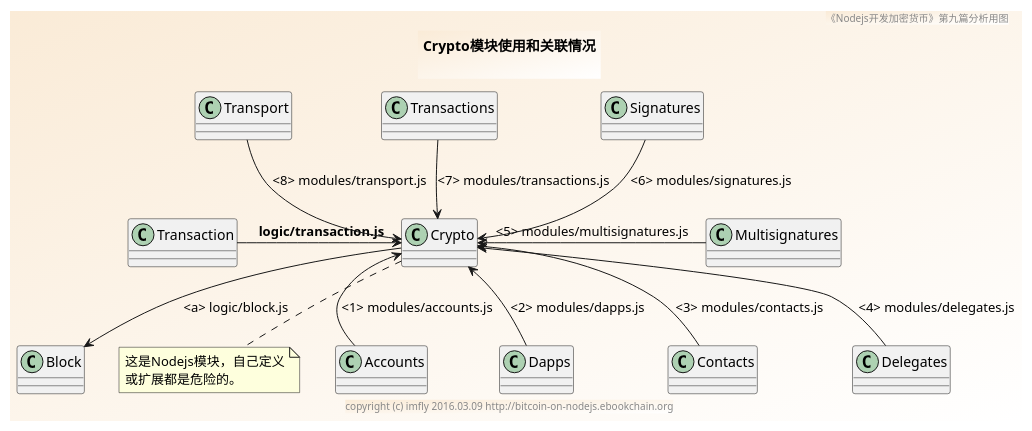
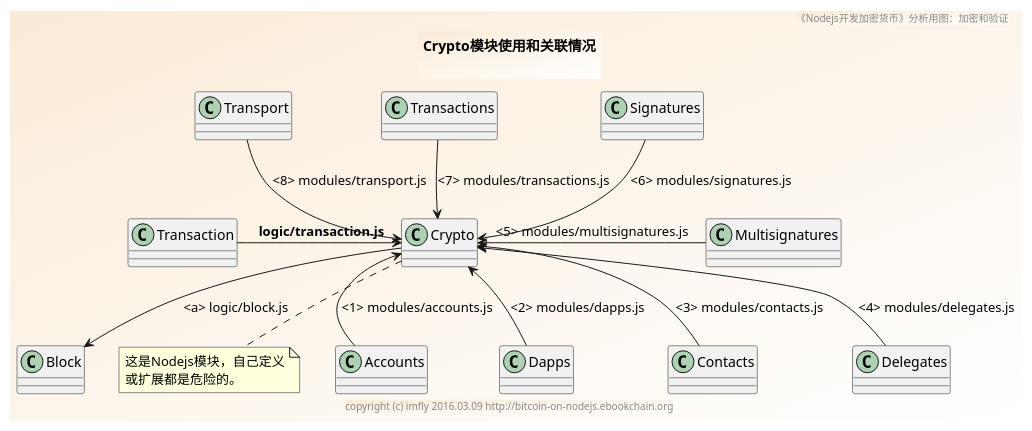
One commit to brightmanforever022/bitcoin-on-nodejs changed the diagram in sources/modules/crypto/class.pu. Above: the diagram before and after it, drawn with PlantUML. The commit also changed 7 other files, not shown here.

```diff
--- a/sources/modules/crypto/class.pu
+++ b/sources/modules/crypto/class.pu
@@ -1,28 +1,28 @@
 @startuml ../../../styles/images/modules/crypto/class.png
 skinparam BorderColor #blue\9932CC
 skinparam backgroundcolor AntiqueWhite/white
 
 title
 Crypto模块使用和关联情况
 
 end title
 footer copyright (c) imfly 2016.03.09 http://bitcoin-on-nodejs.ebookchain.org
-header 《Nodejs开发加密货币》第九篇分析用图
+header 《Nodejs开发加密货币》分析用图：加密和验证
 
 ' relationship
 Block <-up- Crypto: <a> logic/block.js
 note bottom
   这是Nodejs模块，自己定义
   或扩展都是危险的。
 end note
 
 Crypto <-left- Transaction: <b> logic/transaction.js
 Crypto <-down- Accounts: <1> modules/accounts.js
 Crypto <-down- Dapps: <2> modules/dapps.js
 Crypto <-down- Contacts: <3> modules/contacts.js
 Crypto <-down- Delegates: <4> modules/delegates.js
 Crypto <-right- Multisignatures: <5> modules/multisignatures.js
 Crypto <-up- Signatures: <6> modules/signatures.js
 Crypto <-up- Transactions: <7> modules/transactions.js
 Crypto <-up- Transport: <8> modules/transport.js
 @enduml
```
